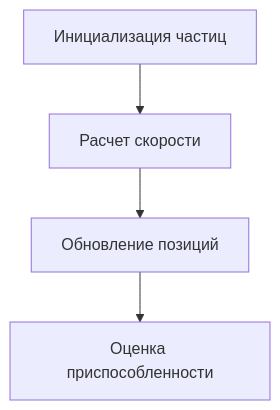
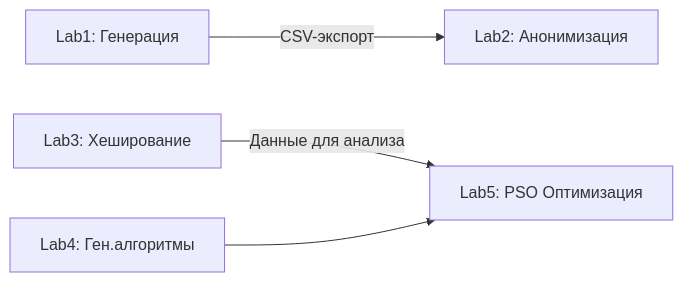
Before and after one commit to MansurYa/3-sem-labs-for-algorithms-and-data-structures: the first of 2 diagrams in README.md, drawn with Mermaid. The commit also changed other lines of this file, not shown here.

````diff
--- a/README.md
+++ b/README.md
@@ -27,6 +7,6 @@
-  ```mermaid
-  flowchart TD
-    A[Инициализация частиц] --> B[Расчет скорости]
-    B --> C[Обновление позиций]
-    C --> D[Оценка приспособленности]
-  ```
+```mermaid
+graph LR
+  A[Lab1: Генерация] -->|CSV-экспорт| B[Lab2: Анонимизация]
+  C[Lab3: Хеширование] --> |Данные для анализа| E[Lab5: PSO Оптимизация]
+  D[Lab4: Ген.алгоритмы] --> E
+```
````
